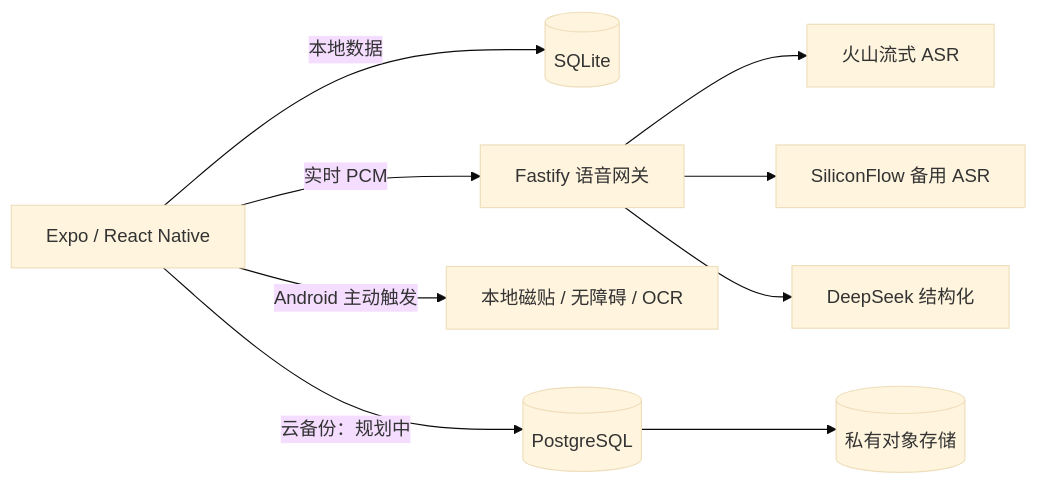
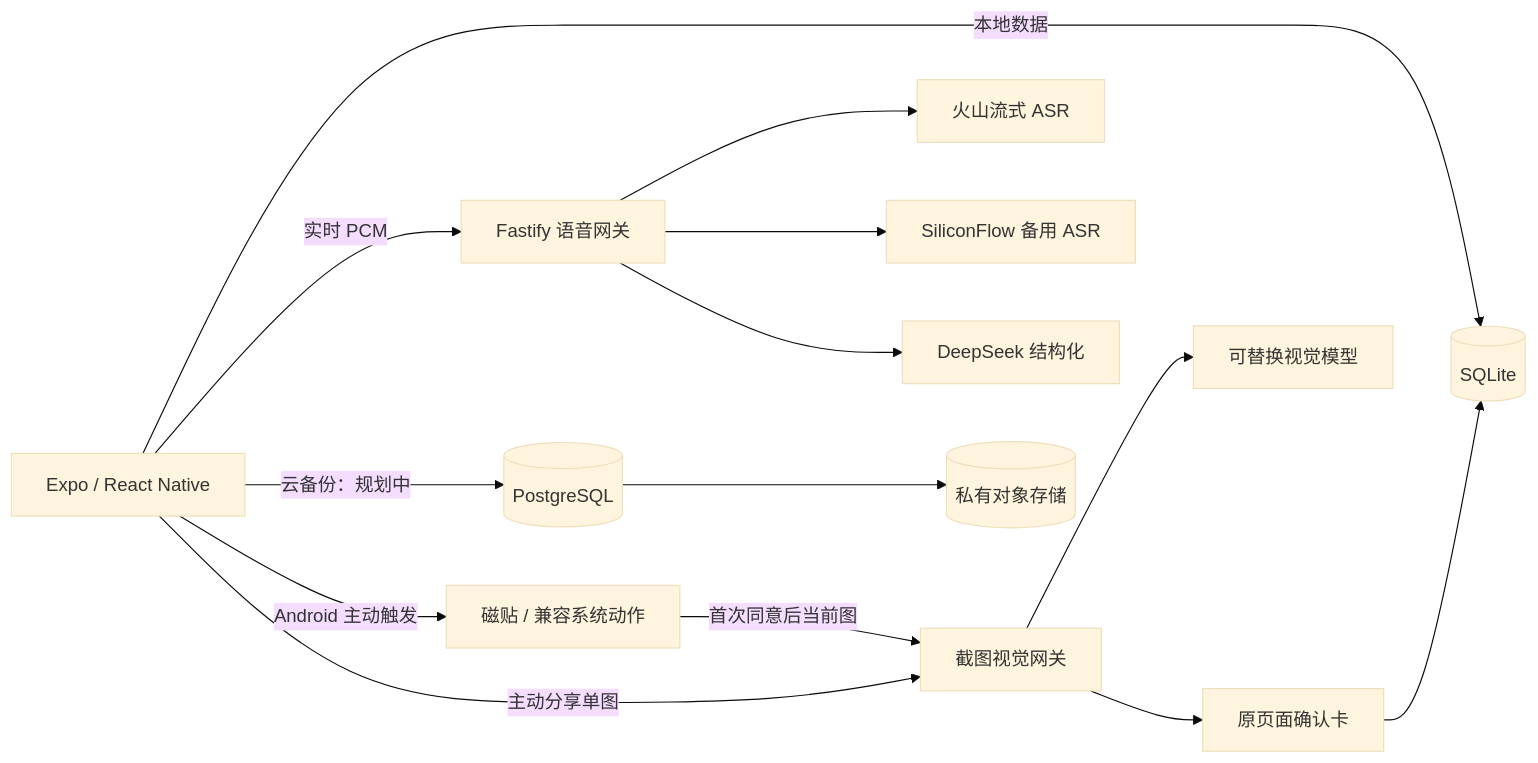
The diagram in README.md (zhixiang-luo/shengzhang), drawn with Mermaid (base theme) before and after one commit. The commit also changed other lines of this file and 63 other files, not shown here.

````diff
--- a/README.md
+++ b/README.md
@@ -103,11 +114,16 @@
 ```mermaid
 flowchart LR
   A[Expo / React Native] -->|本地数据| B[(SQLite)]
   A -->|实时 PCM| C[Fastify 语音网关]
-  A -->|Android 主动触发| S[本地磁贴 / 无障碍 / OCR]
+  A -->|Android 主动触发| S[磁贴 / 兼容系统动作]
+  S -->|首次同意后当前图| V[截图视觉网关]
+  V --> O[原页面确认卡]
+  O --> B
+  A -->|主动分享单图| V
+  V --> Q[可替换视觉模型]
   C --> D[火山流式 ASR]
   C --> E[SiliconFlow 备用 ASR]
   C --> F[DeepSeek 结构化]
   A -->|云备份：规划中| G[(PostgreSQL)]
   G --> H[(私有对象存储)]
 ```
````
